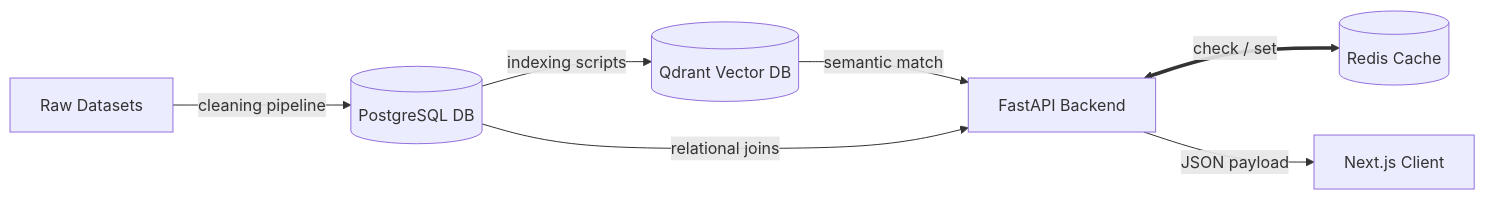
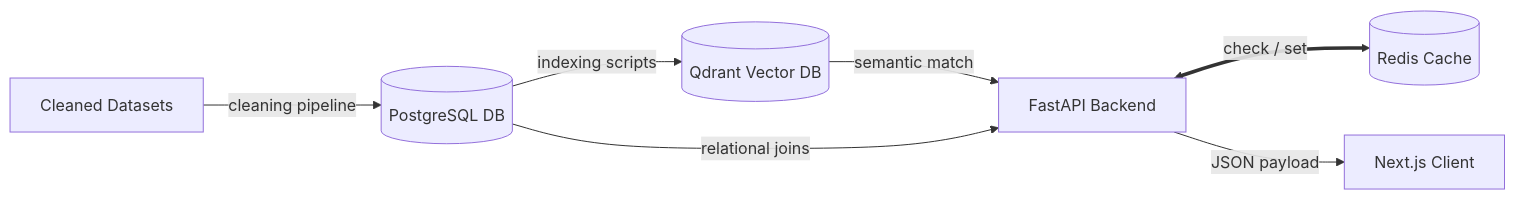
The second of 7 diagrams in docs/02_System_Architecture.md (suryapratap04-jman/npc), drawn with Mermaid before and after one commit. The commit also changed other lines of this file and 57 other files, not shown here.

````diff
--- a/docs/02_System_Architecture.md
+++ b/docs/02_System_Architecture.md
@@ -22,9 +18,9 @@
 ```mermaid
 graph LR
-    datasets[Raw Datasets] -->|cleaning pipeline| postgres[(PostgreSQL DB)]
+    datasets[Cleaned Datasets] -->|cleaning pipeline| postgres[(PostgreSQL DB)]
     postgres -->|indexing scripts| qdrant[(Qdrant Vector DB)]
     qdrant -->|semantic match| backend[FastAPI Backend]
     postgres -->|relational joins| backend
     backend <==>|check / set| redis[(Redis Cache)]
     backend -->|JSON payload| frontend[Next.js Client]
 ```
````
